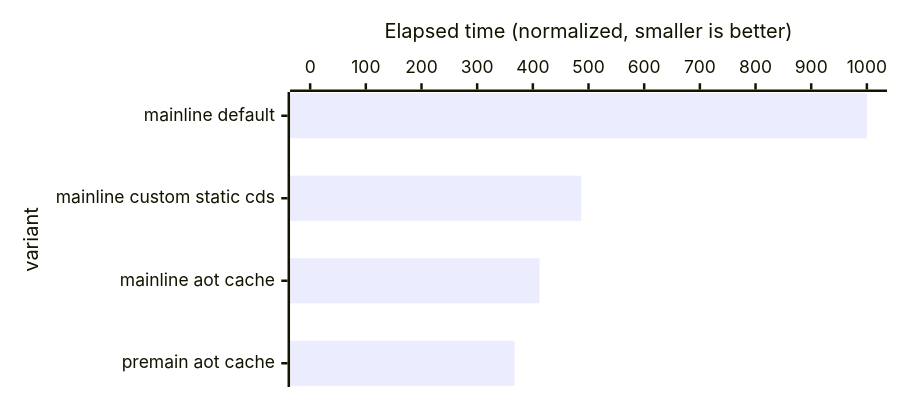
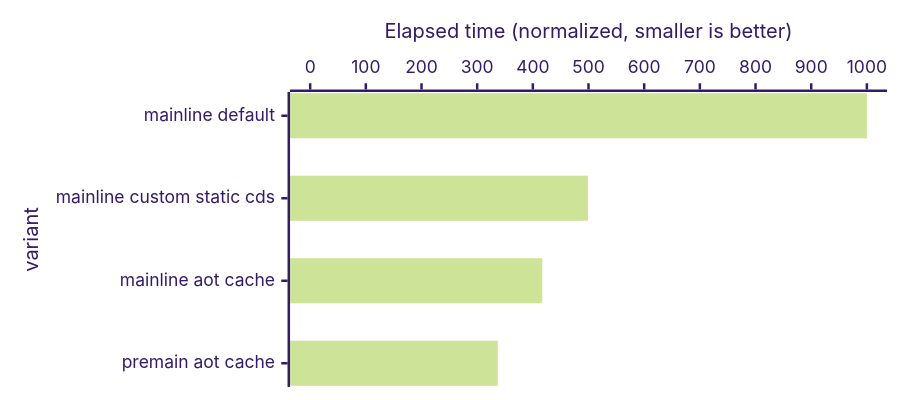
Before and after one commit to openjdk/leyden: the fourth of 6 diagrams in README.md, drawn with Mermaid. The commit also changed other lines of this file and 4 other files, not shown here.

````diff
--- a/README.md
+++ b/README.md
@@ -440,12 +443,13 @@
 ```mermaid
 ---
 config:
+    theme: "forest"
     xyChart:
         chartOrientation: horizontal
         height: 300
 ---
 xychart-beta
     x-axis "variant" ["mainline default", "mainline custom static cds", "mainline aot cache", "premain aot cache"]
     y-axis "Elapsed time (normalized, smaller is better)" 0 --> 1000
-    bar [1000, 487, 412, 367]
+    bar [1000, 499, 417, 337]
 ```
````
